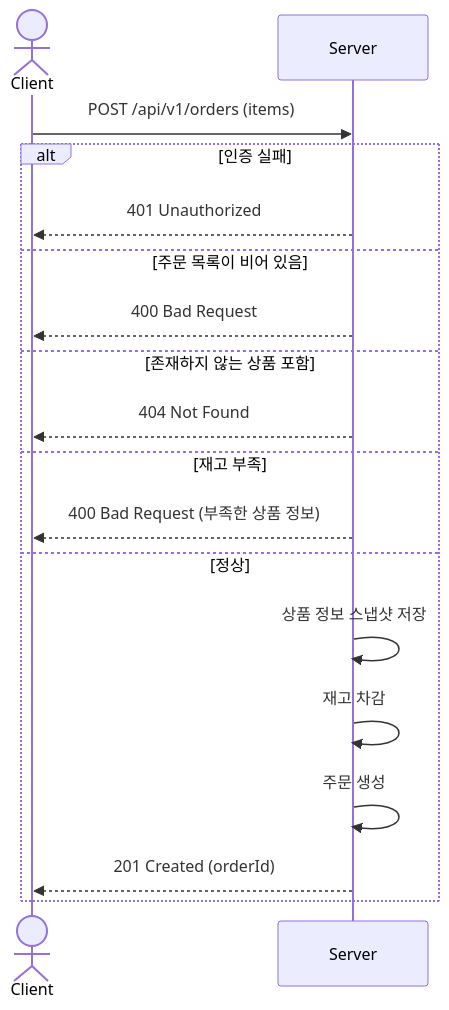
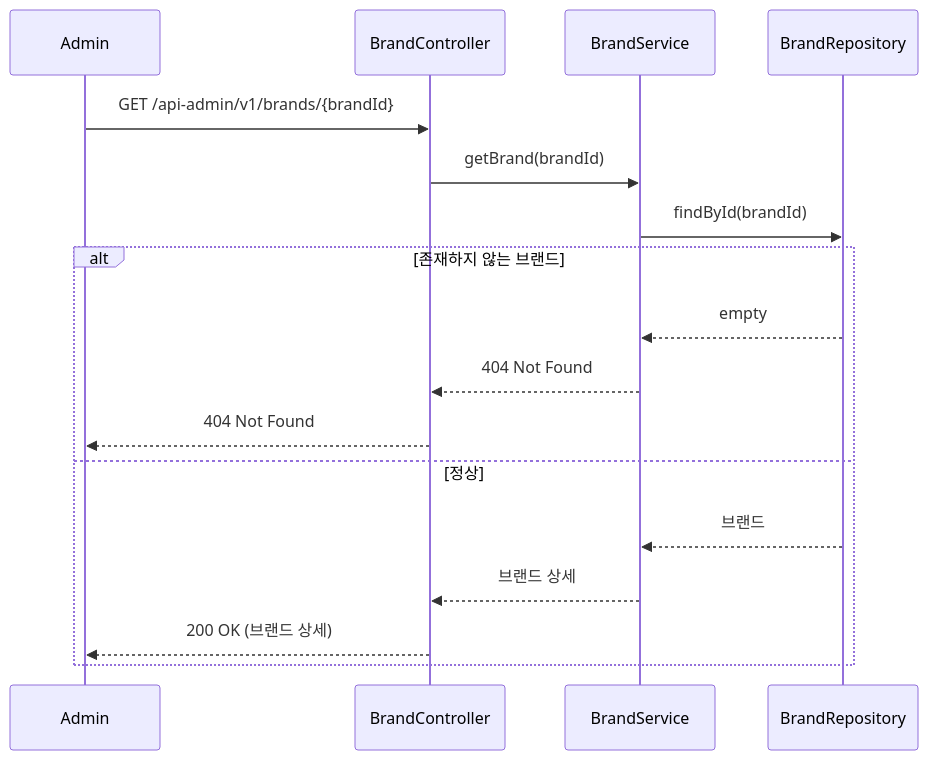
One commit to loopers-labs/loop-pack-be-l2-vol4-java changed the seventh of 34 diagrams in .docs/design/sequence-diagrams.md. Above: the diagram before and after it, drawn with Mermaid. The commit also changed other lines of this file and 1 other file, not shown here.

Commit message:
fix: 관리자 모듈 지우고 각 브랜드&상품-어드민, 주문-어드민으로 분리 브랜드&상품 누락 유스케이스 추가 어드민 권한 확인 로직 main flow 에 추가

````diff
--- a/.docs/design/sequence-diagrams.md
+++ b/.docs/design/sequence-diagrams.md
@@ -173,21 +155,21 @@
 ```mermaid
 sequenceDiagram
-    actor Client
-    participant Server
+    participant Admin
+    participant BrandController
+    participant BrandService
+    participant BrandRepository
 
-    Client->>Server: POST /api/v1/orders (items)
-    alt 인증 실패
-        Server-->>Client: 401 Unauthorized
-    else 주문 목록이 비어 있음
-        Server-->>Client: 400 Bad Request
-    else 존재하지 않는 상품 포함
-        Server-->>Client: 404 Not Found
-    else 재고 부족
-        Server-->>Client: 400 Bad Request (부족한 상품 정보)
+    Admin->>BrandController: GET /api-admin/v1/brands/{brandId}
+    BrandController->>BrandService: getBrand(brandId)
+    BrandService->>BrandRepository: findById(brandId)
+
+    alt 존재하지 않는 브랜드
+        BrandRepository-->>BrandService: empty
+        BrandService-->>BrandController: 404 Not Found
+        BrandController-->>Admin: 404 Not Found
     else 정상
-        Server->>Server: 상품 정보 스냅샷 저장
-        Server->>Server: 재고 차감
-        Server->>Server: 주문 생성
-        Server-->>Client: 201 Created (orderId)
+        BrandRepository-->>BrandService: 브랜드
+        BrandService-->>BrandController: 브랜드 상세
+        BrandController-->>Admin: 200 OK (브랜드 상세)
     end
 ```
````
